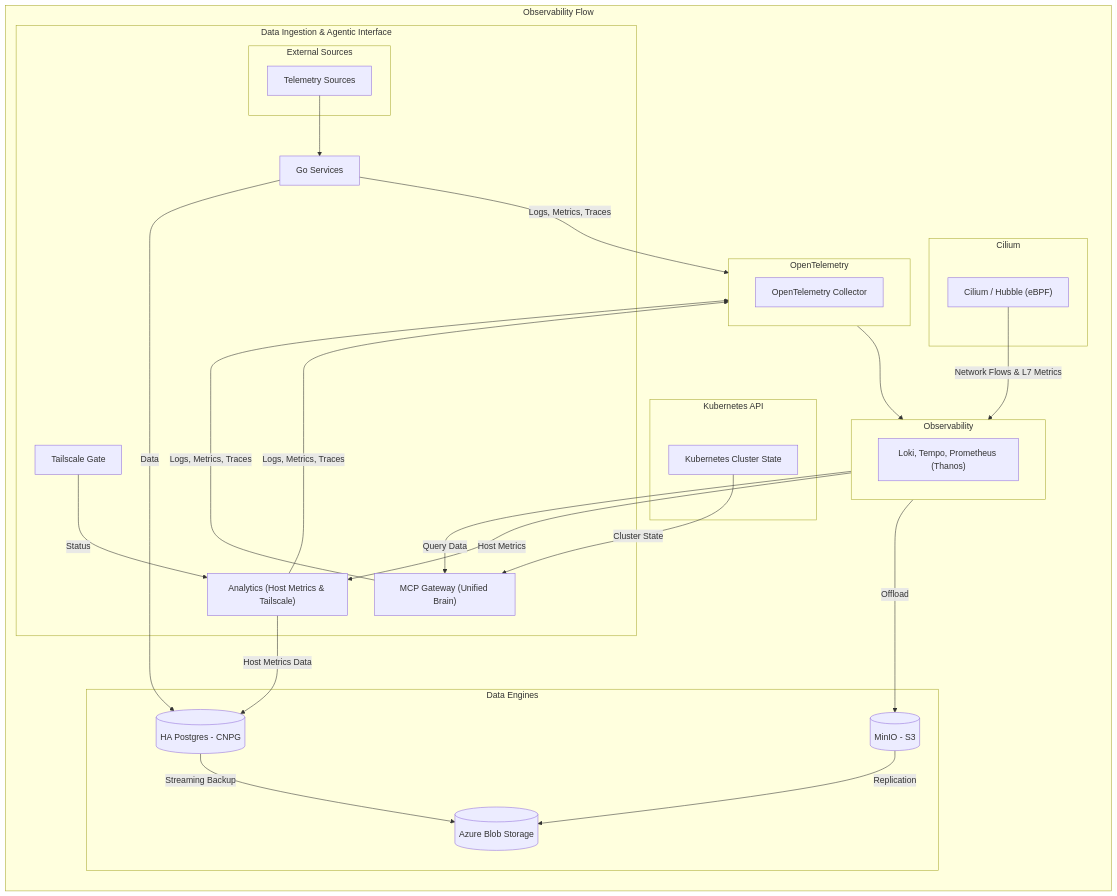
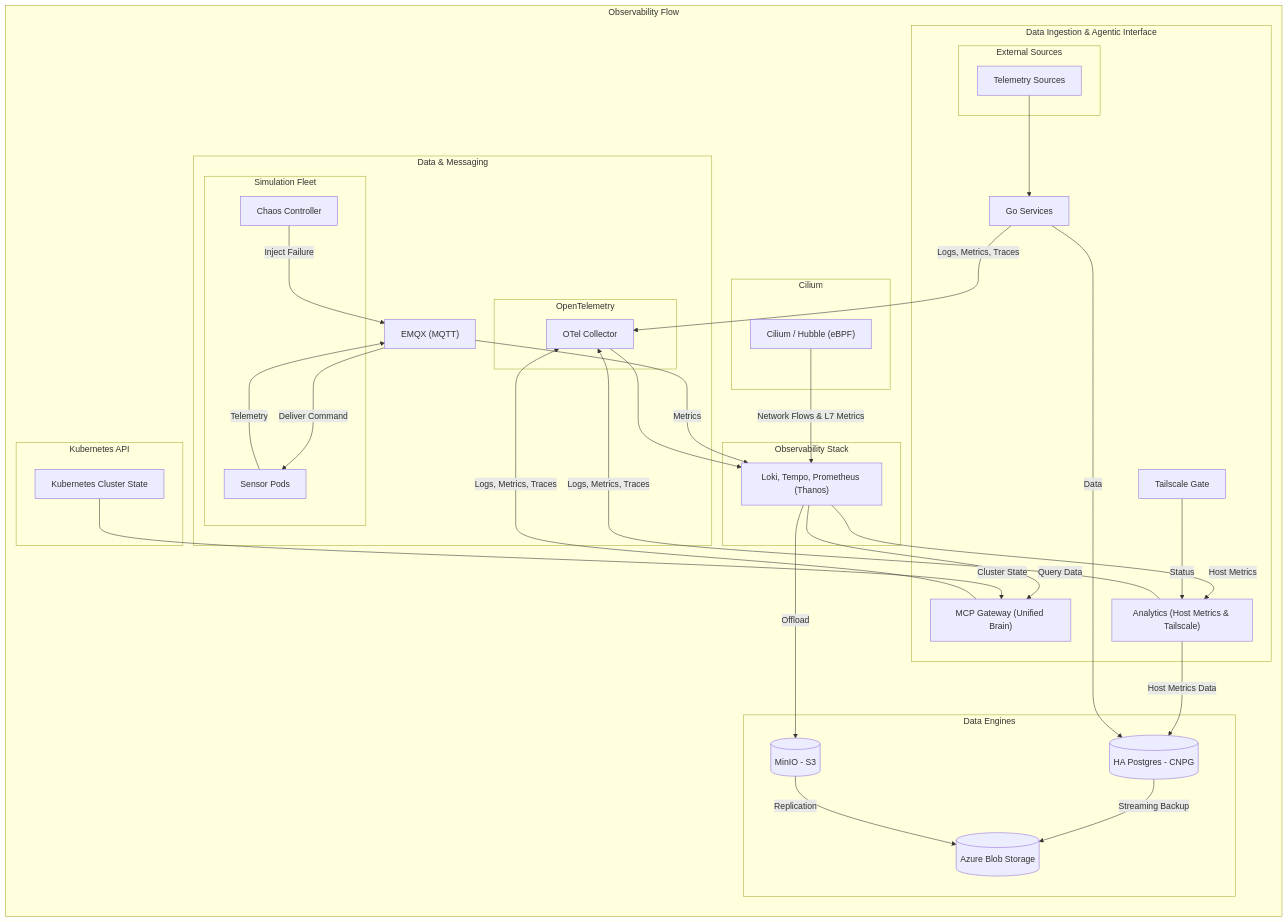
Before and after one commit to victoriacheng15/observability-hub: the diagram in docs/architecture/core-concepts/observability.md, drawn with Mermaid. The commit also changed 3 other files, not shown here.

Commit message:
docs(arch): document hardware simulation and chaos engineering (#385)

````diff
--- a/docs/architecture/core-concepts/observability.md
+++ b/docs/architecture/core-concepts/observability.md
@@ -7,58 +7,75 @@
 ```mermaid
 flowchart TB
     subgraph ObservabilityFlow ["Observability Flow"]
         direction TB
         subgraph Logic ["Data Ingestion & Agentic Interface"]
             subgraph ExternalSources ["External Sources"]
                 External["Telemetry Sources"]
             end
 
             GoApps["Go Services"]
             MCP["MCP Gateway (Unified Brain)"]
             Analytics["Analytics (Host Metrics & Tailscale)"]
             Gate[Tailscale Gate]
         end
 
         subgraph Kube["Kubernetes API"]
           K3S["Kubernetes Cluster State"]
         end
-        subgraph OtelCollector["OpenTelemetry"]
-          OTEL[OpenTelemetry Collector]
+
+        subgraph DataPlatform ["Data & Messaging"]
+            subgraph Simulation ["Simulation Fleet"]
+                Sensors["Sensor Pods"]
+                Chaos["Chaos Controller"]
+            end
+            EMQX["EMQX (MQTT)"]
+            subgraph OtelCollector ["OpenTelemetry"]
+                OTEL[OTel Collector]
+            end
         end
-        subgraph Kernal["Cilium"]
+
+        subgraph Kernal ["Cilium"]
           Cilium["Cilium / Hubble (eBPF)"]
         end
-        subgraph Observability["Observability"]
+
+        subgraph Observability ["Observability Stack"]
           LGTM["Loki, Tempo, Prometheus (Thanos)"]
         end
+
         subgraph Storage ["Data Engines"]
             PG[(HA Postgres - CNPG)]
             S3[(MinIO - S3)]
             Azure[(Azure Blob Storage)]
         end
     end
 
     %% Data Pipeline Connections
     External --> GoApps
     
     %% Unified MCP Paths
-    Observability -- "Query Data" --> MCP
+    LGTM -- "Query Data" --> MCP
     K3S -- "Cluster State" --> MCP
 
+    %% Simulation Flow
+    Chaos -- "Inject Failure" --> EMQX
+    EMQX -- "Deliver Command" --> Sensors
+    Sensors -- "Telemetry" --> EMQX
+    EMQX -- "Metrics" --> LGTM
+
     %% Telemetry & Storage Connections
-    Observability -- "Host Metrics" --> Analytics
+    LGTM -- "Host Metrics" --> Analytics
     Gate -- "Status" --> Analytics
     Analytics -- "Host Metrics Data" --> PG
     GoApps -- Data --> PG
 
     %% Telemetry Pipeline (OTLP)
-    GoApps & MCP & Analytics -- "Logs, Metrics, Traces" --> OtelCollector
-    Cilium -- "Network Flows & L7 Metrics" --> Observability
+    GoApps & MCP & Analytics -- "Logs, Metrics, Traces" --> OTEL
+    Cilium -- "Network Flows & L7 Metrics" --> LGTM
     
-    OtelCollector --> Observability
+    OTEL --> LGTM
     
     %% Resilience & Backup
-    Observability -- "Offload" --> S3
+    LGTM -- "Offload" --> S3
     PG -- "Streaming Backup" --> Azure
     S3 -- "Replication" --> Azure
 ```
````
